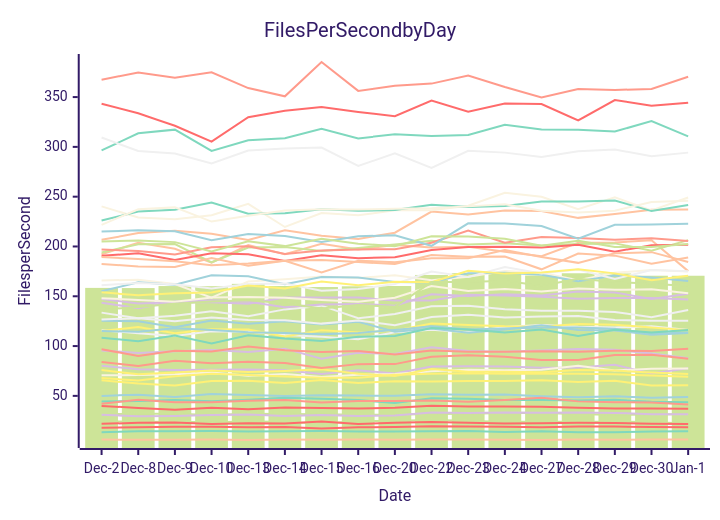
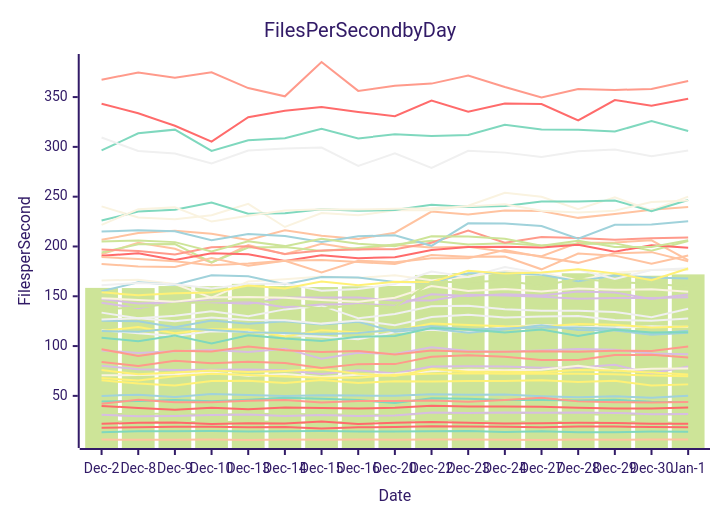
One commit to streetsidesoftware/cspell changed the diagram in perf-report.md. Above: the diagram before and after it, drawn with Mermaid (forest theme). The commit also changed other lines of this file and 1 other file, not shown here.

````diff
--- a/perf-report.md
+++ b/perf-report.md
@@ -11,57 +11,57 @@
 ```mermaid
 xychart-beta
     title Files Per Second by Day
     y-axis Files per Second
     x-axis Date [Dec-2, Dec-8, Dec-9, Dec-10, Dec-13, Dec-14, Dec-15, Dec-16, Dec-20, Dec-22, Dec-23, Dec-24, Dec-27, Dec-28, Dec-29, Dec-30, Jan-1]
-    bar [158.41, 158.24, 160.26, 160.13, 162.46, 160.30, 159.32, 159.99, 160.32, 171.41, 173.30, 173.54, 170.88, 173.10, 172.87, 170.63, 170.61]
-    line [39.93, 37.87, 36.13, 38.10, 36.47, 38.38, 37.81, 37.32, 38.13, 39.99, 39.24, 39.22, 39.13, 37.99, 37.43, 37.30, 37.04]
-    line [49.95, 51.18, 48.94, 51.93, 50.78, 49.91, 50.66, 50.34, 50.02, 51.61, 51.21, 51.38, 49.64, 48.60, 49.52, 48.09, 48.77]
-    line [80.27, 76.65, 75.94, 76.12, 76.57, 75.62, 71.86, 75.70, 72.52, 79.52, 79.75, 79.57, 78.19, 78.53, 81.17, 72.47, 77.74]
-    line [115.87, 112.86, 110.11, 114.79, 114.58, 111.22, 109.33, 106.79, 113.91, 116.30, 113.89, 119.27, 121.25, 119.32, 118.60, 119.88, 116.21]
-    line [6.12, 6.00, 6.03, 6.11, 5.69, 6.12, 5.85, 6.27, 5.94, 6.19, 6.23, 6.06, 5.80, 6.19, 6.04, 6.09, 6.09]
-    line [44.42, 44.87, 45.90, 44.67, 46.00, 48.05, 47.07, 45.85, 42.75, 47.52, 47.21, 45.81, 45.88, 45.34, 46.09, 44.04, 43.54]
-    line [42.00, 46.02, 43.67, 43.68, 45.02, 45.75, 43.43, 44.94, 44.85, 45.35, 43.98, 45.75, 48.03, 44.47, 43.53, 43.39, 41.42]
-    line [165.94, 166.49, 162.27, 148.64, 164.74, 167.10, 169.90, 168.25, 171.20, 165.98, 169.49, 175.43, 173.51, 166.13, 173.69, 176.28, 174.84]
-    line [115.04, 119.17, 112.82, 116.99, 116.61, 109.61, 115.93, 113.66, 115.36, 122.68, 121.26, 119.81, 119.36, 122.21, 121.33, 118.71, 116.01]
-    line [31.76, 31.99, 31.99, 30.84, 32.08, 31.89, 31.67, 31.01, 31.00, 31.79, 31.95, 32.72, 33.00, 31.56, 31.04, 31.19, 31.55]
-    line [343.35, 333.69, 321.17, 305.21, 329.78, 336.28, 339.96, 335.03, 330.81, 346.52, 335.23, 343.48, 342.97, 326.49, 346.96, 341.41, 344.23]
-    line [125.41, 124.96, 118.90, 125.77, 122.50, 124.97, 121.63, 124.44, 114.40, 117.66, 113.42, 116.57, 120.86, 116.04, 115.61, 111.25, 113.22]
-    line [95.57, 93.03, 94.71, 95.93, 94.05, 97.42, 87.40, 93.20, 92.02, 98.77, 95.06, 94.41, 95.55, 97.07, 96.22, 92.57, 87.74]
-    line [126.68, 128.02, 124.91, 128.75, 126.25, 125.99, 122.54, 125.77, 120.95, 129.07, 131.35, 128.71, 129.73, 130.21, 126.25, 125.32, 125.33]
-    line [192.21, 203.69, 197.75, 183.65, 201.42, 192.31, 202.71, 196.90, 201.49, 199.06, 199.67, 194.62, 190.28, 203.79, 203.98, 206.16, 175.26]
-    line [13.55, 14.37, 14.53, 14.61, 14.25, 14.42, 14.66, 14.20, 14.14, 14.58, 14.66, 13.81, 14.51, 13.39, 13.58, 14.12, 14.45]
-    line [96.80, 90.09, 95.39, 94.62, 99.56, 95.79, 93.99, 95.03, 91.66, 95.50, 94.32, 94.29, 94.73, 94.34, 95.29, 95.11, 97.19]
-    line [70.66, 70.99, 71.64, 73.38, 70.10, 71.99, 68.96, 71.11, 72.00, 74.62, 76.21, 75.66, 76.28, 80.16, 75.45, 77.29, 77.59]
-    line [65.65, 62.39, 60.36, 64.84, 65.11, 62.93, 65.98, 63.02, 64.70, 64.39, 64.92, 64.92, 65.76, 63.97, 65.18, 60.36, 60.68]
-    line [193.86, 202.32, 202.37, 184.12, 199.02, 199.50, 195.58, 198.56, 202.04, 205.76, 202.04, 203.32, 201.04, 202.44, 203.10, 195.80, 206.34]
-    line [18.09, 18.49, 18.92, 19.04, 18.41, 18.71, 17.35, 18.44, 18.66, 19.39, 19.24, 18.95, 18.61, 19.20, 19.16, 18.64, 18.42]
-    line [115.04, 114.43, 117.93, 116.17, 113.85, 113.19, 111.86, 113.23, 116.22, 119.95, 116.76, 117.75, 118.71, 118.58, 117.32, 112.42, 113.66]
-    line [31.13, 29.50, 29.81, 30.70, 31.34, 29.78, 30.86, 29.89, 30.20, 33.22, 32.90, 33.40, 32.96, 33.38, 32.90, 31.64, 31.57]
-    line [133.58, 127.82, 130.48, 134.87, 129.94, 136.83, 140.59, 128.00, 132.13, 140.04, 140.36, 136.98, 135.57, 135.50, 134.25, 129.01, 136.31]
-    line [206.67, 213.42, 215.72, 212.77, 206.57, 216.35, 210.81, 207.51, 213.81, 235.09, 232.12, 236.13, 235.71, 228.72, 232.65, 236.79, 237.17]
-    line [296.47, 313.58, 317.30, 295.96, 306.54, 308.67, 318.29, 308.47, 312.68, 311.01, 311.87, 322.19, 317.56, 317.24, 315.38, 325.99, 310.60]
-    line [197.01, 195.46, 191.88, 199.25, 200.18, 192.55, 195.85, 196.96, 197.31, 203.68, 215.88, 203.82, 209.47, 208.55, 206.80, 208.32, 205.46]
-    line [240.23, 229.14, 227.27, 231.37, 242.80, 219.56, 233.62, 231.32, 236.32, 236.26, 240.94, 253.96, 249.85, 237.45, 249.30, 236.26, 249.21]
-    line [76.02, 71.59, 73.55, 75.54, 73.95, 75.07, 76.77, 72.26, 69.84, 77.03, 74.27, 74.27, 73.83, 75.96, 75.41, 73.52, 72.02]
-    line [24.46, 23.99, 23.97, 23.56, 24.27, 23.97, 21.89, 24.77, 24.75, 25.98, 24.78, 24.02, 24.07, 23.90, 24.05, 23.79, 21.97]
-    line [190.71, 193.15, 186.55, 193.19, 192.23, 185.43, 191.26, 188.26, 189.10, 196.56, 199.42, 199.83, 198.90, 201.82, 194.83, 201.20, 201.62]
-    line [215.07, 216.21, 215.29, 206.31, 212.61, 210.51, 204.56, 210.18, 211.34, 200.66, 223.22, 223.16, 220.54, 207.84, 221.69, 222.09, 222.75]
-    line [143.55, 138.09, 144.82, 146.07, 144.49, 139.02, 141.78, 142.36, 140.50, 151.95, 150.33, 152.02, 150.72, 154.90, 153.82, 147.24, 152.57]
-    line [309.39, 295.84, 293.27, 283.38, 296.25, 298.40, 299.27, 280.90, 293.45, 278.89, 296.00, 294.23, 289.77, 295.71, 297.33, 290.64, 294.23]
-    line [189.43, 187.46, 185.27, 181.05, 182.93, 185.74, 173.94, 185.68, 184.19, 188.28, 188.11, 196.54, 189.53, 183.55, 193.13, 194.30, 184.36]
-    line [226.03, 235.13, 236.77, 244.11, 232.83, 233.41, 237.39, 235.87, 236.73, 241.85, 239.59, 240.67, 245.15, 245.04, 246.20, 235.52, 241.61]
-    line [84.05, 80.02, 85.30, 82.71, 84.32, 82.91, 77.95, 81.87, 81.89, 89.30, 90.84, 89.17, 86.07, 86.04, 90.94, 91.20, 87.20]
-    line [221.75, 237.38, 239.25, 224.99, 230.85, 236.16, 237.46, 237.06, 237.81, 238.36, 240.26, 242.42, 235.97, 234.05, 235.94, 244.60, 245.97]
-    line [68.01, 65.32, 69.78, 72.32, 70.99, 69.49, 68.20, 68.29, 71.18, 72.28, 72.81, 72.16, 72.22, 72.29, 71.63, 70.43, 69.28]
-    line [205.06, 206.03, 204.37, 194.91, 205.14, 200.36, 207.64, 202.85, 200.31, 210.29, 210.04, 207.76, 200.78, 205.77, 199.55, 199.57, 202.59]
-    line [21.90, 22.93, 23.26, 21.71, 22.48, 22.26, 24.16, 21.86, 22.99, 23.86, 22.95, 22.15, 22.59, 22.93, 22.71, 21.96, 21.67]
-    line [155.06, 164.08, 161.66, 171.02, 169.99, 161.97, 169.28, 168.79, 164.45, 163.90, 173.08, 173.52, 171.67, 165.07, 170.82, 168.89, 165.34]
-    line [147.19, 142.70, 144.08, 143.97, 142.44, 148.72, 148.74, 148.66, 145.81, 145.83, 151.65, 150.82, 149.41, 147.54, 148.32, 148.24, 146.69]
-    line [161.03, 163.37, 162.01, 157.69, 162.41, 162.92, 155.61, 157.24, 162.25, 174.81, 169.46, 179.44, 172.82, 176.92, 167.34, 176.43, 175.08]
-    line [182.47, 179.95, 179.31, 188.38, 180.77, 185.77, 186.35, 184.33, 182.33, 191.53, 189.75, 189.98, 177.07, 192.83, 190.79, 182.79, 188.82]
-    line [108.44, 104.81, 110.68, 102.65, 110.81, 107.51, 105.11, 109.29, 110.23, 118.20, 116.66, 113.51, 116.56, 110.18, 116.43, 113.57, 116.22]
-    line [367.49, 374.69, 369.34, 374.83, 359.05, 350.76, 385.22, 356.23, 361.41, 363.52, 371.74, 360.07, 349.58, 358.00, 357.09, 358.22, 370.47]
-    line [148.12, 146.38, 144.41, 148.76, 149.26, 148.44, 146.25, 144.57, 148.51, 160.26, 155.20, 157.30, 154.76, 157.76, 156.45, 156.97, 153.00]
-    line [153.99, 150.95, 152.99, 153.72, 160.91, 157.90, 164.74, 161.04, 164.69, 164.20, 175.57, 172.74, 173.87, 177.24, 172.99, 166.08, 170.50]
-    line [136.51, 139.19, 142.56, 144.70, 146.06, 142.91, 137.61, 141.27, 139.39, 164.22, 164.25, 165.65, 160.55, 167.52, 164.35, 162.61, 160.24]
+    bar [158.41, 158.24, 160.26, 160.13, 162.46, 160.30, 159.32, 159.99, 160.32, 171.41, 173.30, 173.54, 170.88, 173.10, 172.87, 170.63, 171.97]
+    line [39.93, 37.87, 36.13, 38.10, 36.47, 38.38, 37.81, 37.32, 38.13, 39.99, 39.24, 39.22, 39.13, 37.99, 37.43, 37.30, 38.27]
+    line [49.95, 51.18, 48.94, 51.93, 50.78, 49.91, 50.66, 50.34, 50.02, 51.61, 51.21, 51.38, 49.64, 48.60, 49.52, 48.09, 50.24]
+    line [80.27, 76.65, 75.94, 76.12, 76.57, 75.62, 71.86, 75.70, 72.52, 79.52, 79.75, 79.57, 78.19, 78.53, 81.17, 72.47, 79.41]
+    line [115.87, 112.86, 110.11, 114.79, 114.58, 111.22, 109.33, 106.79, 113.91, 116.30, 113.89, 119.27, 121.25, 119.32, 118.60, 119.88, 119.21]
+    line [6.12, 6.00, 6.03, 6.11, 5.69, 6.12, 5.85, 6.27, 5.94, 6.19, 6.23, 6.06, 5.80, 6.19, 6.04, 6.09, 6.23]
+    line [44.42, 44.87, 45.90, 44.67, 46.00, 48.05, 47.07, 45.85, 42.75, 47.52, 47.21, 45.81, 45.88, 45.34, 46.09, 44.04, 43.82]
+    line [42.00, 46.02, 43.67, 43.68, 45.02, 45.75, 43.43, 44.94, 44.85, 45.35, 43.98, 45.75, 48.03, 44.47, 43.53, 43.39, 43.81]
+    line [165.94, 166.49, 162.27, 148.64, 164.74, 167.10, 169.90, 168.25, 171.20, 165.98, 169.49, 175.43, 173.51, 166.13, 173.69, 176.28, 176.32]
+    line [115.04, 119.17, 112.82, 116.99, 116.61, 109.61, 115.93, 113.66, 115.36, 122.68, 121.26, 119.81, 119.36, 122.21, 121.33, 118.71, 119.57]
+    line [31.76, 31.99, 31.99, 30.84, 32.08, 31.89, 31.67, 31.01, 31.00, 31.79, 31.95, 32.72, 33.00, 31.56, 31.04, 31.19, 31.25]
+    line [343.35, 333.69, 321.17, 305.21, 329.78, 336.28, 339.96, 335.03, 330.81, 346.52, 335.23, 343.48, 342.97, 326.49, 346.96, 341.41, 348.41]
+    line [125.41, 124.96, 118.90, 125.77, 122.50, 124.97, 121.63, 124.44, 114.40, 117.66, 113.42, 116.57, 120.86, 116.04, 115.61, 111.25, 113.36]
+    line [95.57, 93.03, 94.71, 95.93, 94.05, 97.42, 87.40, 93.20, 92.02, 98.77, 95.06, 94.41, 95.55, 97.07, 96.22, 92.57, 91.79]
+    line [126.68, 128.02, 124.91, 128.75, 126.25, 125.99, 122.54, 125.77, 120.95, 129.07, 131.35, 128.71, 129.73, 130.21, 126.25, 125.32, 127.59]
+    line [192.21, 203.69, 197.75, 183.65, 201.42, 192.31, 202.71, 196.90, 201.49, 199.06, 199.67, 194.62, 190.28, 203.79, 203.98, 206.16, 186.41]
+    line [13.55, 14.37, 14.53, 14.61, 14.25, 14.42, 14.66, 14.20, 14.14, 14.58, 14.66, 13.81, 14.51, 13.39, 13.58, 14.12, 14.03]
+    line [96.80, 90.09, 95.39, 94.62, 99.56, 95.79, 93.99, 95.03, 91.66, 95.50, 94.32, 94.29, 94.73, 94.34, 95.29, 95.11, 99.50]
+    line [70.66, 70.99, 71.64, 73.38, 70.10, 71.99, 68.96, 71.11, 72.00, 74.62, 76.21, 75.66, 76.28, 80.16, 75.45, 77.29, 77.54]
+    line [65.65, 62.39, 60.36, 64.84, 65.11, 62.93, 65.98, 63.02, 64.70, 64.39, 64.92, 64.92, 65.76, 63.97, 65.18, 60.36, 61.54]
+    line [193.86, 202.32, 202.37, 184.12, 199.02, 199.50, 195.58, 198.56, 202.04, 205.76, 202.04, 203.32, 201.04, 202.44, 203.10, 195.80, 205.49]
+    line [18.09, 18.49, 18.92, 19.04, 18.41, 18.71, 17.35, 18.44, 18.66, 19.39, 19.24, 18.95, 18.61, 19.20, 19.16, 18.64, 18.38]
+    line [115.04, 114.43, 117.93, 116.17, 113.85, 113.19, 111.86, 113.23, 116.22, 119.95, 116.76, 117.75, 118.71, 118.58, 117.32, 112.42, 115.51]
+    line [31.13, 29.50, 29.81, 30.70, 31.34, 29.78, 30.86, 29.89, 30.20, 33.22, 32.90, 33.40, 32.96, 33.38, 32.90, 31.64, 31.75]
+    line [133.58, 127.82, 130.48, 134.87, 129.94, 136.83, 140.59, 128.00, 132.13, 140.04, 140.36, 136.98, 135.57, 135.50, 134.25, 129.01, 137.45]
+    line [206.67, 213.42, 215.72, 212.77, 206.57, 216.35, 210.81, 207.51, 213.81, 235.09, 232.12, 236.13, 235.71, 228.72, 232.65, 236.79, 239.58]
+    line [296.47, 313.58, 317.30, 295.96, 306.54, 308.67, 318.29, 308.47, 312.68, 311.01, 311.87, 322.19, 317.56, 317.24, 315.38, 325.99, 315.89]
+    line [197.01, 195.46, 191.88, 199.25, 200.18, 192.55, 195.85, 196.96, 197.31, 203.68, 215.88, 203.82, 209.47, 208.55, 206.80, 208.32, 209.04]
+    line [240.23, 229.14, 227.27, 231.37, 242.80, 219.56, 233.62, 231.32, 236.32, 236.26, 240.94, 253.96, 249.85, 237.45, 249.30, 236.26, 250.08]
+    line [76.02, 71.59, 73.55, 75.54, 73.95, 75.07, 76.77, 72.26, 69.84, 77.03, 74.27, 74.27, 73.83, 75.96, 75.41, 73.52, 71.54]
+    line [24.46, 23.99, 23.97, 23.56, 24.27, 23.97, 21.89, 24.77, 24.75, 25.98, 24.78, 24.02, 24.07, 23.90, 24.05, 23.79, 22.40]
+    line [190.71, 193.15, 186.55, 193.19, 192.23, 185.43, 191.26, 188.26, 189.10, 196.56, 199.42, 199.83, 198.90, 201.82, 194.83, 201.20, 198.67]
+    line [215.07, 216.21, 215.29, 206.31, 212.61, 210.51, 204.56, 210.18, 211.34, 200.66, 223.22, 223.16, 220.54, 207.84, 221.69, 222.09, 225.28]
+    line [143.55, 138.09, 144.82, 146.07, 144.49, 139.02, 141.78, 142.36, 140.50, 151.95, 150.33, 152.02, 150.72, 154.90, 153.82, 147.24, 151.89]
+    line [309.39, 295.84, 293.27, 283.38, 296.25, 298.40, 299.27, 280.90, 293.45, 278.89, 296.00, 294.23, 289.77, 295.71, 297.33, 290.64, 296.26]
+    line [189.43, 187.46, 185.27, 181.05, 182.93, 185.74, 173.94, 185.68, 184.19, 188.28, 188.11, 196.54, 189.53, 183.55, 193.13, 194.30, 185.10]
+    line [226.03, 235.13, 236.77, 244.11, 232.83, 233.41, 237.39, 235.87, 236.73, 241.85, 239.59, 240.67, 245.15, 245.04, 246.20, 235.52, 246.70]
+    line [84.05, 80.02, 85.30, 82.71, 84.32, 82.91, 77.95, 81.87, 81.89, 89.30, 90.84, 89.17, 86.07, 86.04, 90.94, 91.20, 88.51]
+    line [221.75, 237.38, 239.25, 224.99, 230.85, 236.16, 237.46, 237.06, 237.81, 238.36, 240.26, 242.42, 235.97, 234.05, 235.94, 244.60, 246.08]
+    line [68.01, 65.32, 69.78, 72.32, 70.99, 69.49, 68.20, 68.29, 71.18, 72.28, 72.81, 72.16, 72.22, 72.29, 71.63, 70.43, 69.65]
+    line [205.06, 206.03, 204.37, 194.91, 205.14, 200.36, 207.64, 202.85, 200.31, 210.29, 210.04, 207.76, 200.78, 205.77, 199.55, 199.57, 206.32]
+    line [21.90, 22.93, 23.26, 21.71, 22.48, 22.26, 24.16, 21.86, 22.99, 23.86, 22.95, 22.15, 22.59, 22.93, 22.71, 21.96, 22.03]
+    line [155.06, 164.08, 161.66, 171.02, 169.99, 161.97, 169.28, 168.79, 164.45, 163.90, 173.08, 173.52, 171.67, 165.07, 170.82, 168.89, 167.83]
+    line [147.19, 142.70, 144.08, 143.97, 142.44, 148.72, 148.74, 148.66, 145.81, 145.83, 151.65, 150.82, 149.41, 147.54, 148.32, 148.24, 148.93]
+    line [161.03, 163.37, 162.01, 157.69, 162.41, 162.92, 155.61, 157.24, 162.25, 174.81, 169.46, 179.44, 172.82, 176.92, 167.34, 176.43, 178.08]
+    line [182.47, 179.95, 179.31, 188.38, 180.77, 185.77, 186.35, 184.33, 182.33, 191.53, 189.75, 189.98, 177.07, 192.83, 190.79, 182.79, 190.85]
+    line [108.44, 104.81, 110.68, 102.65, 110.81, 107.51, 105.11, 109.29, 110.23, 118.20, 116.66, 113.51, 116.56, 110.18, 116.43, 113.57, 113.80]
+    line [367.49, 374.69, 369.34, 374.83, 359.05, 350.76, 385.22, 356.23, 361.41, 363.52, 371.74, 360.07, 349.58, 358.00, 357.09, 358.22, 366.04]
+    line [148.12, 146.38, 144.41, 148.76, 149.26, 148.44, 146.25, 144.57, 148.51, 160.26, 155.20, 157.30, 154.76, 157.76, 156.45, 156.97, 154.57]
+    line [153.99, 150.95, 152.99, 153.72, 160.91, 157.90, 164.74, 161.04, 164.69, 164.20, 175.57, 172.74, 173.87, 177.24, 172.99, 166.08, 177.94]
+    line [136.51, 139.19, 142.56, 144.70, 146.06, 142.91, 137.61, 141.27, 139.39, 164.22, 164.25, 165.65, 160.55, 167.52, 164.35, 162.61, 159.71]
 ```
````
